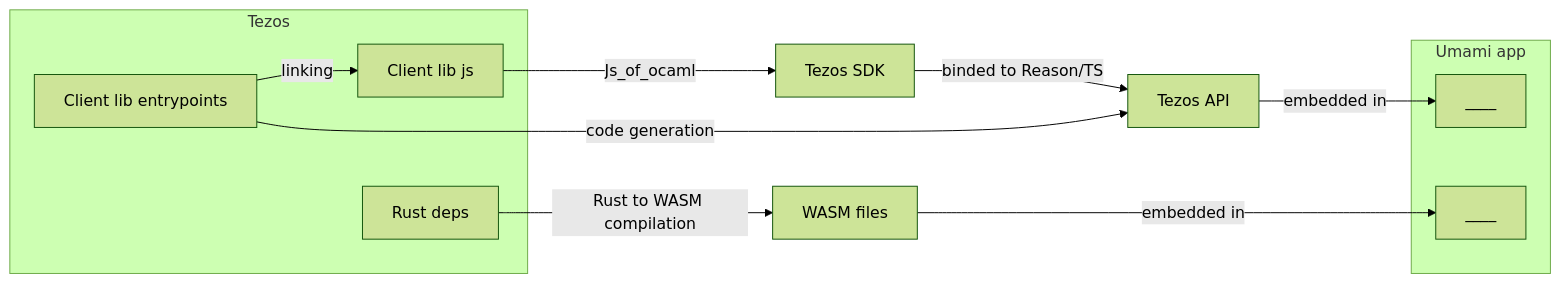
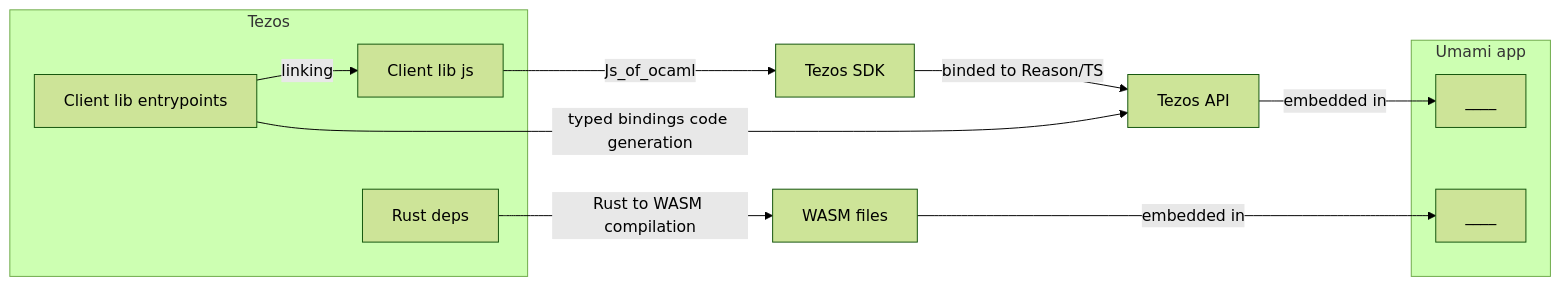
One commit to trilitech/umami-v1 changed the second of 2 diagrams in docs/specs/compilation-schema.md. Above: the diagram before and after it, drawn with Mermaid (forest theme).

Commit message:
precise code generation is for bindings

````diff
--- a/docs/specs/compilation-schema.md
+++ b/docs/specs/compilation-schema.md
@@ -30,18 +30,18 @@
 ```mermaid
 graph LR
   subgraph "Umami app"
   Node11[____]
   Node13[____]
   end
 
   subgraph "Tezos"
   Node1[Client lib entrypoints] -- linking --> Node3[Client lib js]
   Node5[Rust deps]
   end
   Node5 -- Rust to WASM compilation --> Node6[WASM files]
   Node6 -- embedded in --> Node13
   Node3 -- Js_of_ocaml --> Node9[Tezos SDK]
   Node9 -- binded to Reason/TS --> Node10
   Node10[Tezos API] -- embedded in --> Node11
-  Node1 -- code generation --> Node10
+  Node1 -- typed bindings code generation --> Node10
 ```
````
